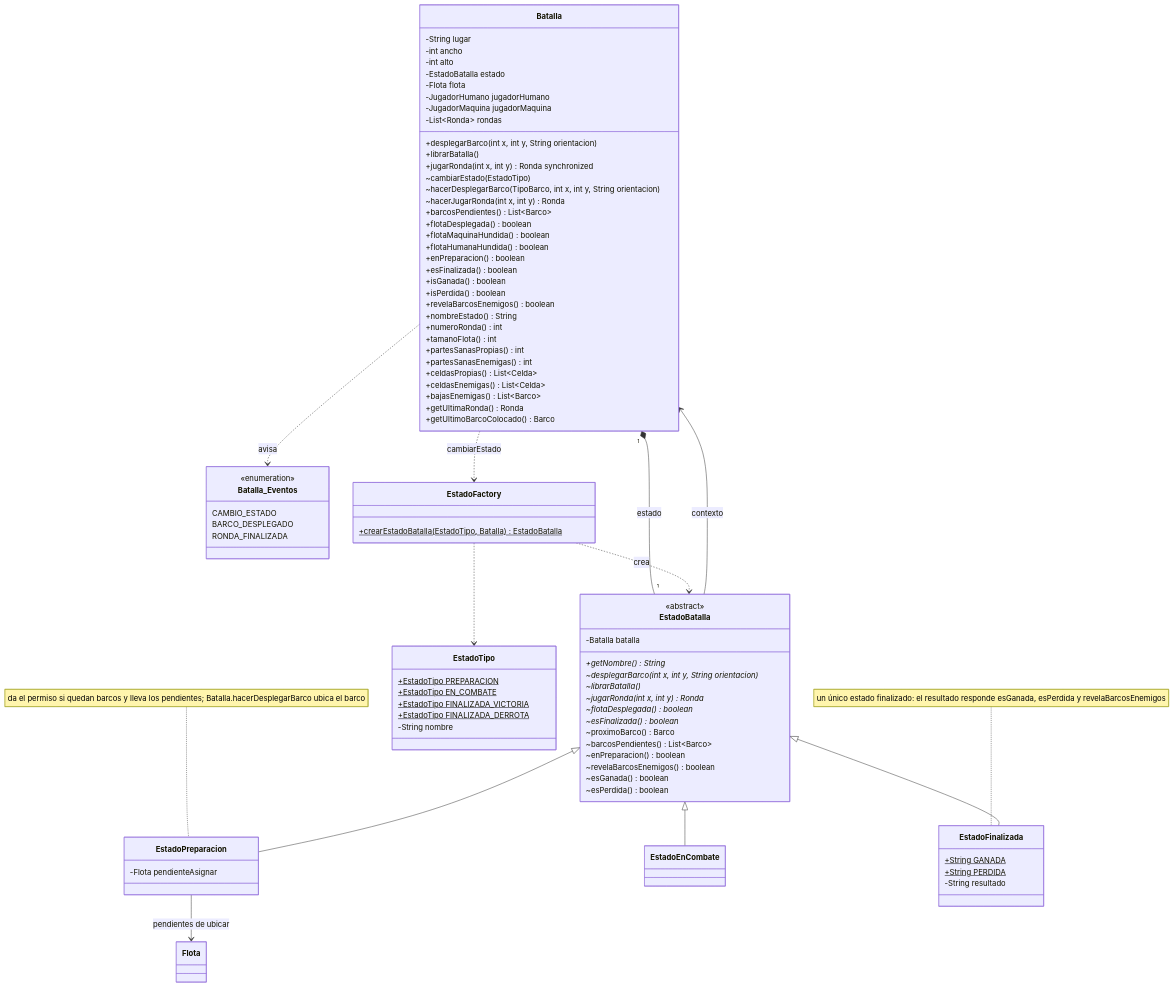
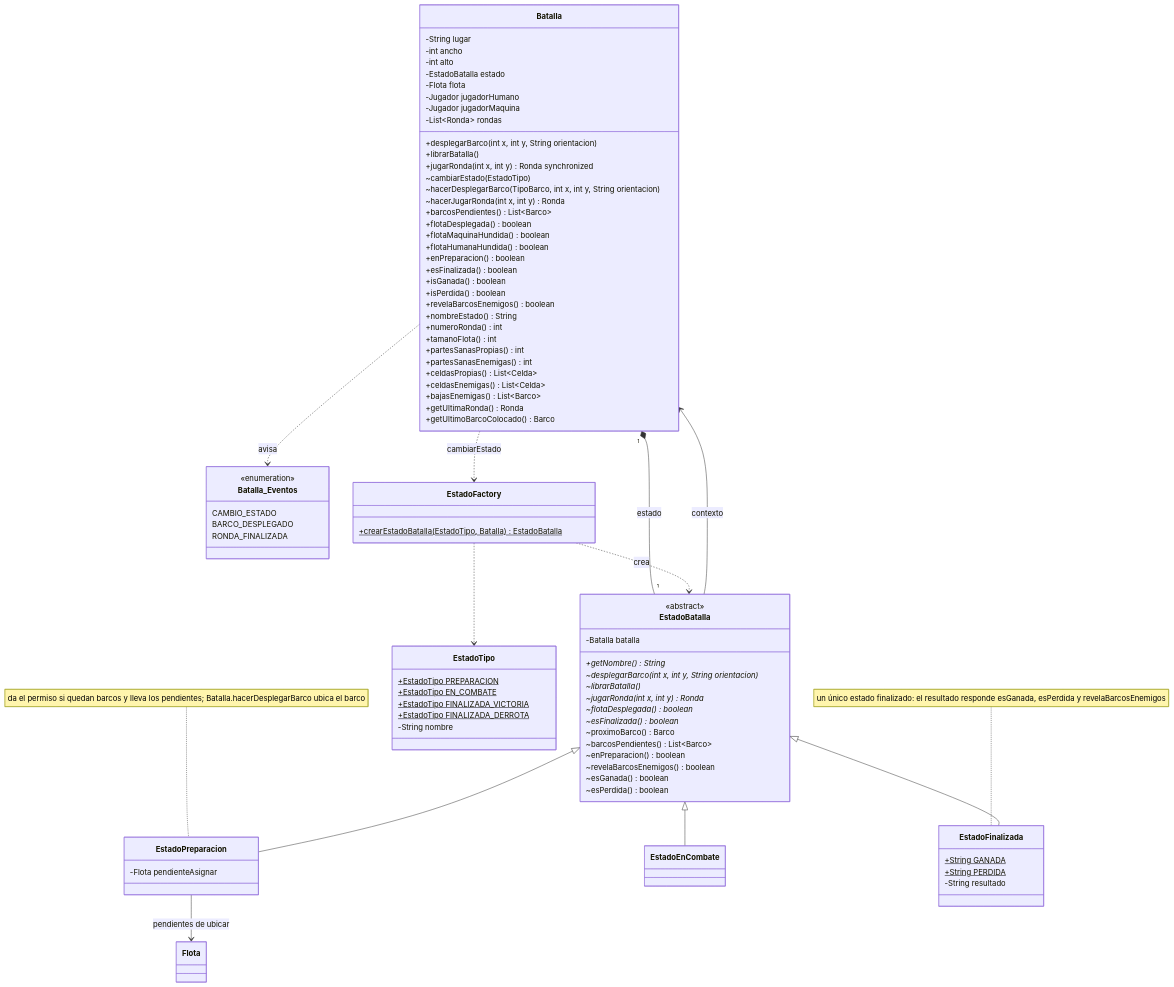
The third of 7 diagrams in README.md (FrancoRossi-Dev/BattleShip), drawn with Mermaid before and after one commit. The commit also changed other lines of this file and 6 other files, not shown here.

```diff
--- a/README.md
+++ b/README.md
@@ -167,8 +167,8 @@
         -int alto
         -EstadoBatalla estado
         -Flota flota
-        -JugadorHumano jugadorHumano
-        -JugadorMaquina jugadorMaquina
+        -Jugador jugadorHumano
+        -Jugador jugadorMaquina
         -List~Ronda~ rondas
         +desplegarBarco(int x, int y, String orientacion)
         +librarBatalla()
```
